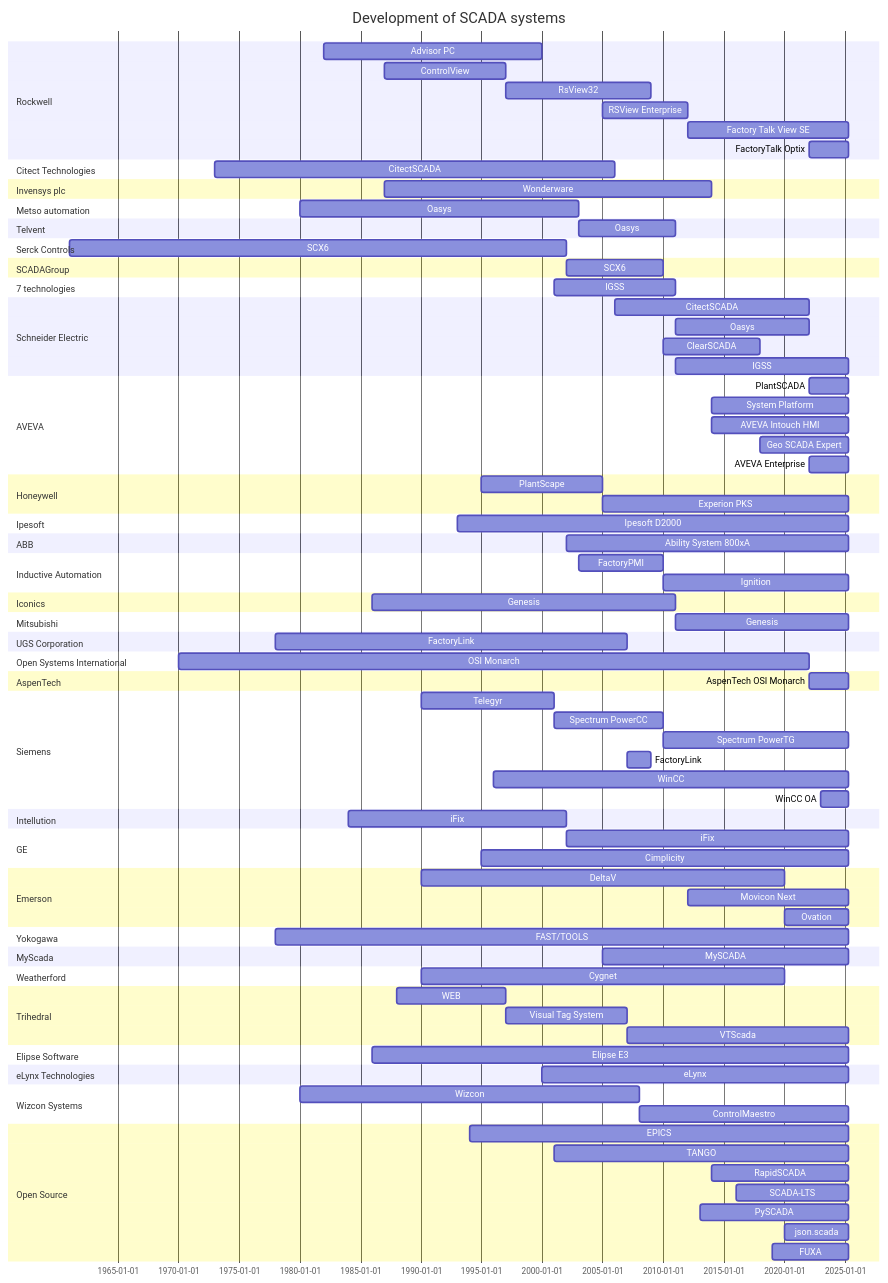
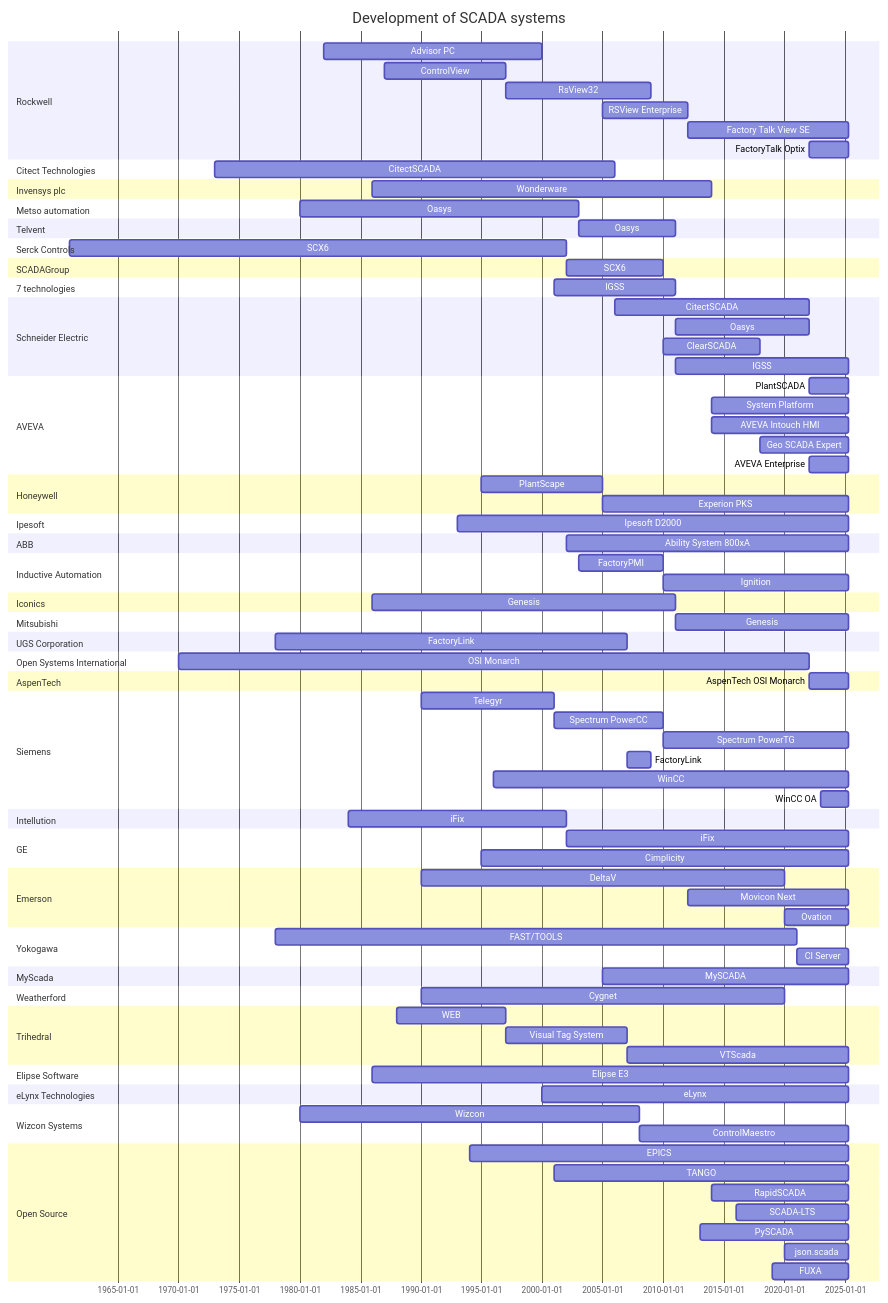
One commit to hutcheb/scada-timeline changed the diagram in README.md. Above: the diagram before and after it, drawn with Mermaid.

Commit message:
feat: Add Yokogawa CI Server

```diff
--- a/README.md
+++ b/README.md
@@ -19,7 +19,7 @@
         CitectSCADA :c1, 1973, 2006
     section Invensys plc
         %%(https://en.wikipedia.org/wiki/Wonderware)
-        Wonderware :s2, 1987, 2014
+        Wonderware :s2, 1986, 2014
     section Metso automation
         %%(http://ains.etf.rs/Telvent.pdf)
         %%(No Start Date)
@@ -107,7 +107,8 @@
         Ovation : 2020, until 2025
     section Yokogawa 
         %%(https://www.yokogawa.com/au/solutions/products-and-services/lifecycle-services/scada-as-a-service/)
-        FAST/TOOLS : 1978, until 2025
+        FAST/TOOLS : fasttools, 1978, 2021
+        CI Server : after fasttools, until 2025
     section MyScada 
         %%(https://www.myscada.org/?gad_source=1&gclid=CjwKCAjw--K_BhB5EiwAuwYoyt0NUs6PUtTnmHe5BiQ-LWvguB-_bO55AFn8DI5Yvm9XYK23LpdgcBoCVIUQAvD_BwE)
         MySCADA : 2005, until 2025
```
